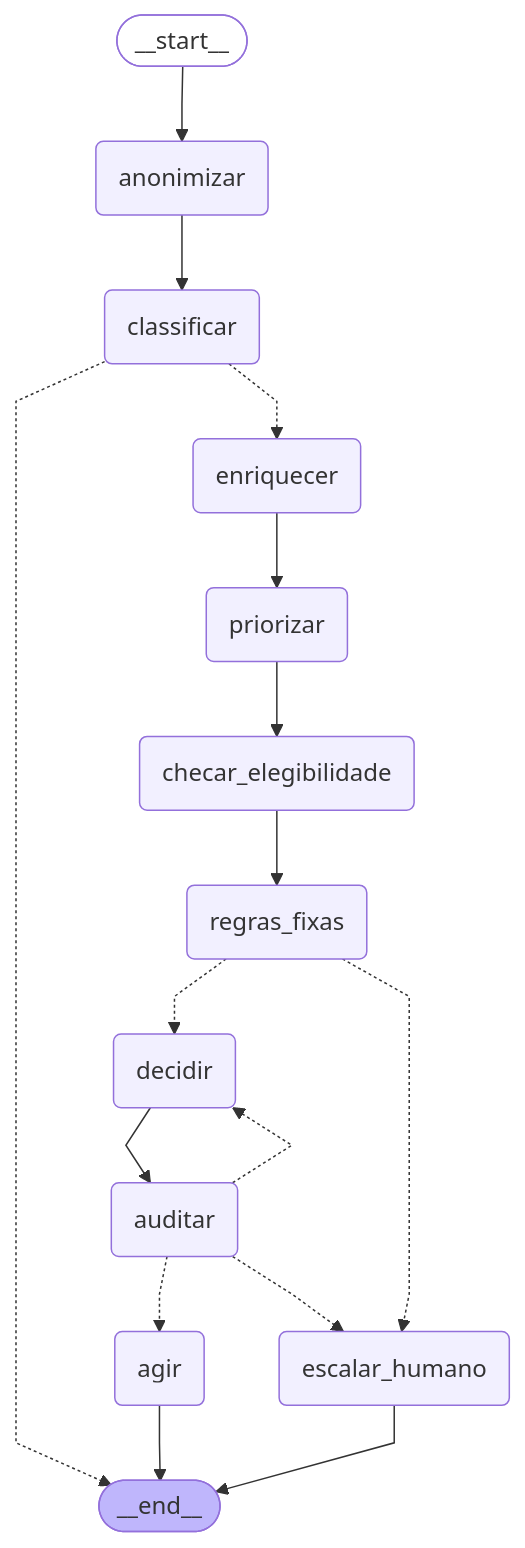
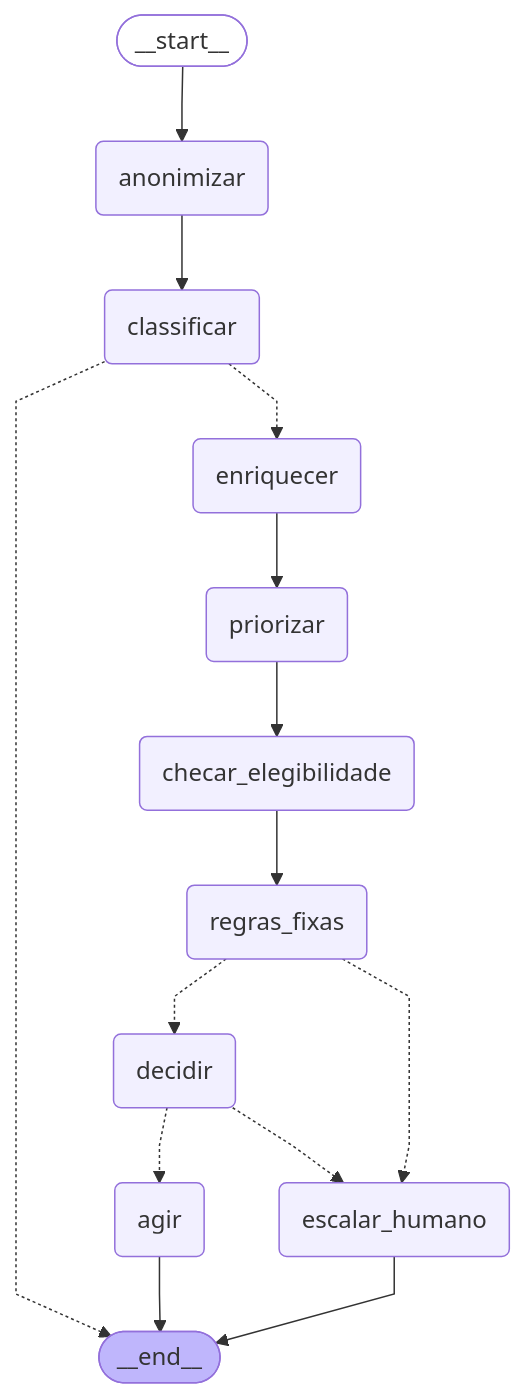
Before and after one commit to caiolucasprogramador/desafio-gogroup: the diagram in docs/grafo.md, drawn with Mermaid.

Commit message:
docs: atualizar diagrama do grafo sem o no auditar

````diff
--- a/docs/grafo.md
+++ b/docs/grafo.md
@@ -3,38 +3,35 @@
 ```mermaid
 ---
 config:
   flowchart:
     curve: linear
 ---
 graph TD;
 	__start__([<p>__start__</p>]):::first
 	anonimizar(anonimizar)
 	classificar(classificar)
 	enriquecer(enriquecer)
 	priorizar(priorizar)
 	checar_elegibilidade(checar_elegibilidade)
 	regras_fixas(regras_fixas)
 	decidir(decidir)
-	auditar(auditar)
 	agir(agir)
 	escalar_humano(escalar_humano)
 	__end__([<p>__end__</p>]):::last
 	__start__ --> anonimizar;
 	anonimizar --> classificar;
-	auditar -.-> agir;
-	auditar -.-> decidir;
-	auditar -.-> escalar_humano;
 	checar_elegibilidade --> regras_fixas;
 	classificar -.-> __end__;
 	classificar -.-> enriquecer;
-	decidir --> auditar;
+	decidir -.-> agir;
+	decidir -.-> escalar_humano;
 	enriquecer --> priorizar;
 	priorizar --> checar_elegibilidade;
 	regras_fixas -.-> decidir;
 	regras_fixas -.-> escalar_humano;
 	agir --> __end__;
 	escalar_humano --> __end__;
 	classDef default fill:#f2f0ff,line-height:1.2
 	classDef first fill-opacity:0
 	classDef last fill:#bfb6fc
 ```
````
